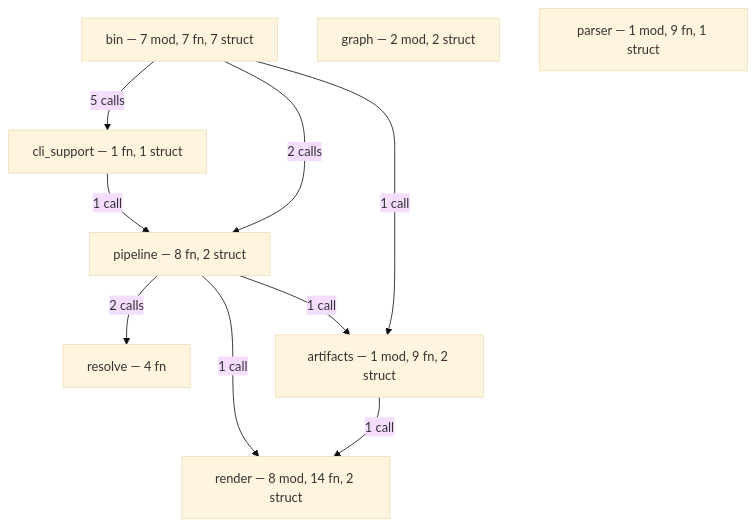
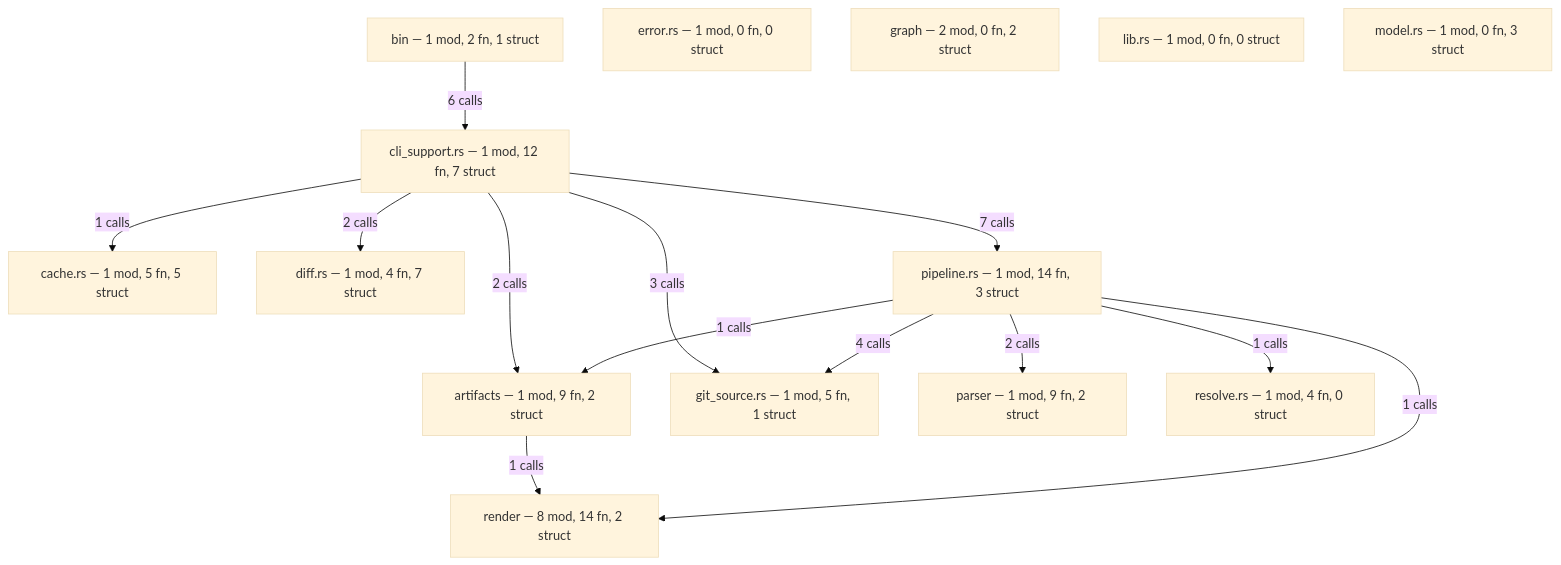
One commit to anatta-rs/ast-to-mermaid changed the first of 5 diagrams in README.md. Above: the diagram before and after it, drawn with Mermaid (base theme). The commit also changed other lines of this file and 14 other files, not shown here.

First line of the commit message:
feat: git-aware mermaid generation (V1+V1.5, content-addressed cache, diff) (#48)

````diff
--- a/README.md
+++ b/README.md
@@ -15,19 +17,29 @@
 ```mermaid
 graph TD
     artifacts["artifacts — 1 mod, 9 fn, 2 struct"]
-    bin["bin — 7 mod, 7 fn, 7 struct"]
-    cli_support["cli_support — 1 fn, 1 struct"]
-    graph_mod["graph — 2 mod, 2 struct"]
-    parser["parser — 1 mod, 9 fn, 1 struct"]
-    pipeline["pipeline — 8 fn, 2 struct"]
+    bin["bin — 1 mod, 2 fn, 1 struct"]
+    cache_rs["cache.rs — 1 mod, 5 fn, 5 struct"]
+    cli_support_rs["cli_support.rs — 1 mod, 12 fn, 7 struct"]
+    diff_rs["diff.rs — 1 mod, 4 fn, 7 struct"]
+    error_rs["error.rs — 1 mod, 0 fn, 0 struct"]
+    git_source_rs["git_source.rs — 1 mod, 5 fn, 1 struct"]
+    graph_["graph — 2 mod, 0 fn, 2 struct"]
+    lib_rs["lib.rs — 1 mod, 0 fn, 0 struct"]
+    model_rs["model.rs — 1 mod, 0 fn, 3 struct"]
+    parser["parser — 1 mod, 9 fn, 2 struct"]
+    pipeline_rs["pipeline.rs — 1 mod, 14 fn, 3 struct"]
     render["render — 8 mod, 14 fn, 2 struct"]
-    resolve["resolve — 4 fn"]
-    bin -->|"5 calls"| cli_support
-    bin -->|"2 calls"| pipeline
-    bin -->|"1 call"| artifacts
-    cli_support -->|"1 call"| pipeline
-    pipeline -->|"2 calls"| resolve
-    pipeline -->|"1 call"| render
-    pipeline -->|"1 call"| artifacts
-    artifacts -->|"1 call"| render
+    resolve_rs["resolve.rs — 1 mod, 4 fn, 0 struct"]
+    artifacts -->|"1 calls"| render
+    bin -->|"6 calls"| cli_support_rs
+    cli_support_rs -->|"2 calls"| artifacts
+    cli_support_rs -->|"1 calls"| cache_rs
+    cli_support_rs -->|"2 calls"| diff_rs
+    cli_support_rs -->|"3 calls"| git_source_rs
+    cli_support_rs -->|"7 calls"| pipeline_rs
+    pipeline_rs -->|"1 calls"| artifacts
+    pipeline_rs -->|"4 calls"| git_source_rs
+    pipeline_rs -->|"2 calls"| parser
+    pipeline_rs -->|"1 calls"| render
+    pipeline_rs -->|"1 calls"| resolve_rs
 ```
````
